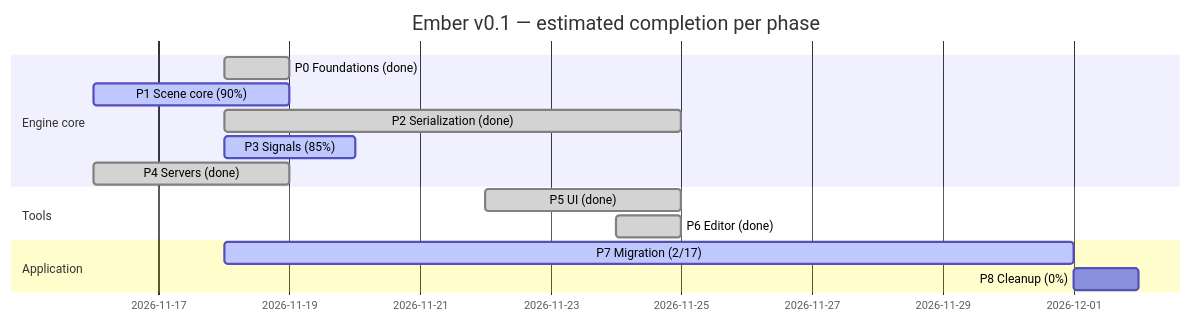
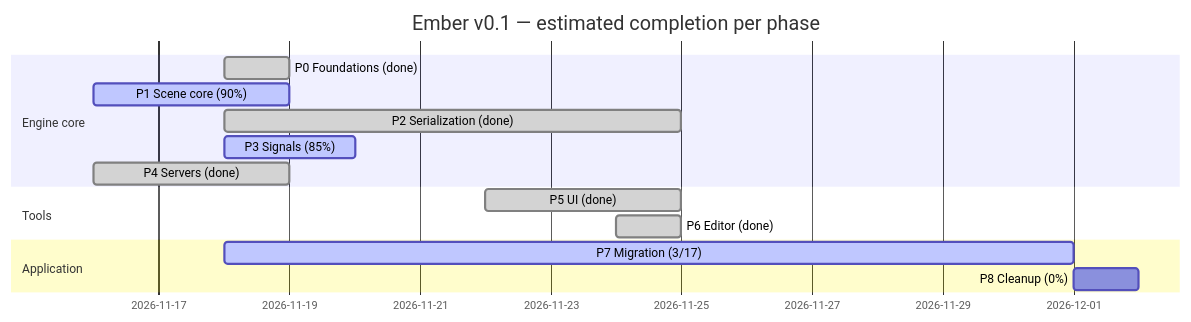
One commit to titouanthd/ember changed the diagram in ember-vault/60 Progress/Roadmap Tracker.md. Above: the diagram before and after it, drawn with Mermaid. The commit also changed other lines of this file and 2 other files, not shown here.

Commit message:
doc(vault-roadmap): Record the Snake migration
Claude-Session: https://claude.ai/code/session_01KZu2p7u1BSSjGnHzBb5VMj

````diff
--- a/ember-vault/60 Progress/Roadmap Tracker.md
+++ b/ember-vault/60 Progress/Roadmap Tracker.md
@@ -11,17 +11,17 @@
 ```mermaid
 gantt
   dateFormat YYYY-MM-DD
   title Ember v0.1 — estimated completion per phase
   section Engine core
   P0 Foundations (done)  :done, p0, 2026-11-18, 1d
   P1 Scene core (90%)    :active, p1, 2026-11-16, 3d
   P2 Serialization (done):done, p2, 2026-11-18, 7d
   P3 Signals (85%)       :active, p3, 2026-11-18, 2d
   P4 Servers (done)      :done, p4, 2026-11-16, 3d
   section Tools
   P5 UI (done)           :done, p5, 2026-11-22, 3d
   P6 Editor (done)       :done, p6, 2026-11-24, 1d
   section Application
-  P7 Migration (2/17)    :active, p7, 2026-11-18, 13d
+  P7 Migration (3/17)    :active, p7, 2026-11-18, 13d
   P8 Cleanup (0%)        :p8, after p7, 1d
 ```
````
